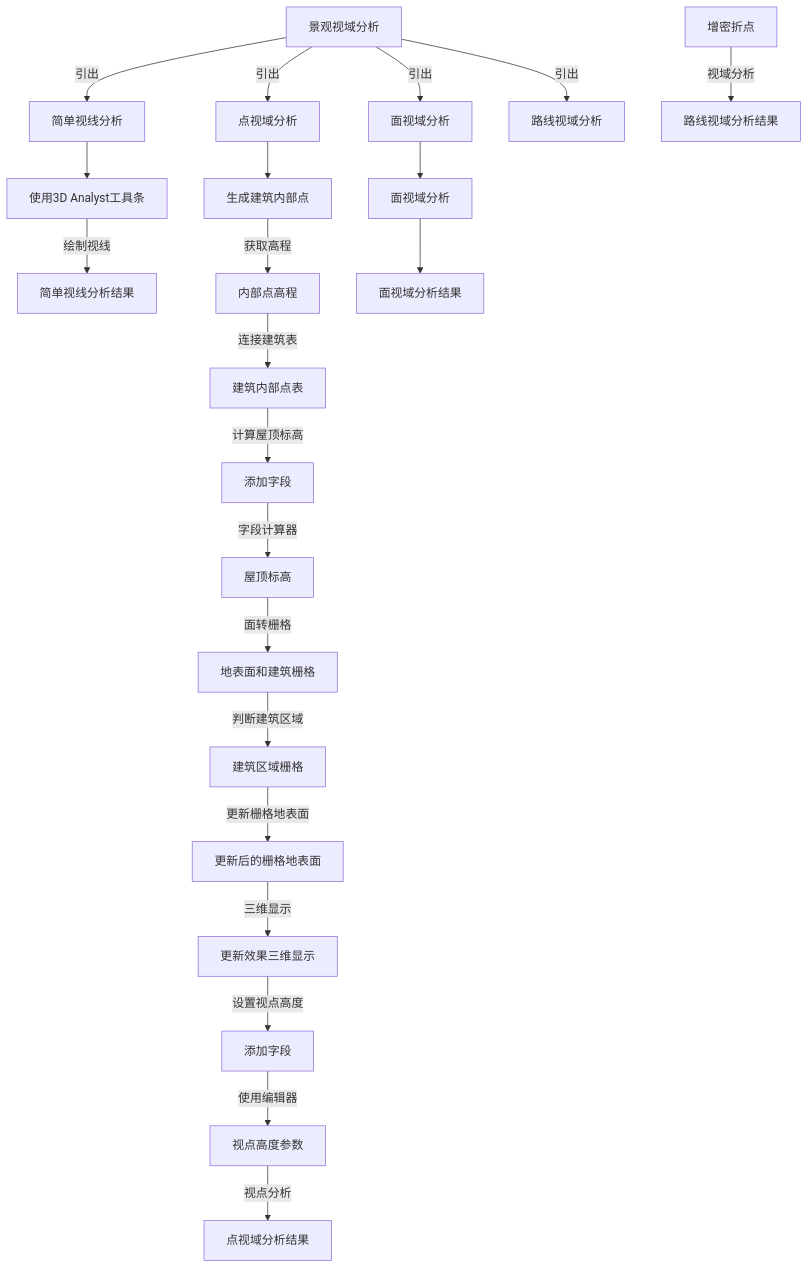
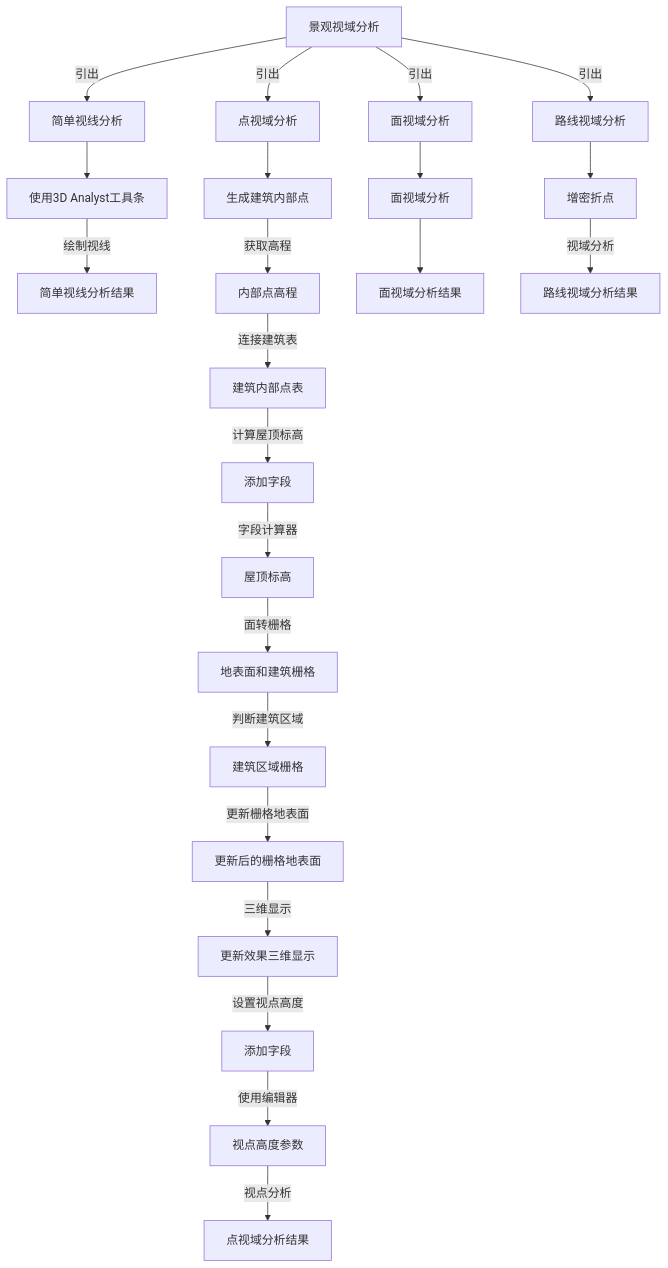
One commit to newguser/iodraw-files changed the diagram in all/未命名.md. Above: the diagram before and after it, drawn with Mermaid.

Commit message:
2025-02-27 22:28:11 update

````diff
--- a/all/未命名.md
+++ b/all/未命名.md
@@ -1,29 +1,29 @@
 ```mermaid
 graph TD
     A[景观视域分析] -->|引出| B[简单视线分析]
     A -->|引出| C[点视域分析]
     A -->|引出| D[面视域分析]
     A -->|引出| E[路线视域分析]
 B[简单视线分析]-->B1[使用3D Analyst工具条]
         B1[使用3D Analyst工具条] -->|绘制视线| B2[简单视线分析结果]
 C[点视域分析]-->C1[生成建筑内部点]
 D[面视域分析]-->D1[面视域分析]
-E[路线视域分析]
+E[路线视域分析]-->E1[增密折点]
 
         C1[生成建筑内部点] -->|获取高程| C2[内部点高程]
         C2 -->|连接建筑表| C3[建筑内部点表]
         C3 -->|计算屋顶标高| C4[添加字段]
         C4 -->|字段计算器| C5[屋顶标高]
         C5 -->|面转栅格| C6[地表面和建筑栅格]
         C6 -->|判断建筑区域| C7[建筑区域栅格]
         C7 -->|更新栅格地表面| C8[更新后的栅格地表面]
         C8 -->|三维显示| C9[更新效果三维显示]
         C9 -->|设置视点高度| C10[添加字段]
         C10 -->|使用编辑器| C11[视点高度参数]
         C11 -->|视点分析| C12[点视域分析结果]
   
         D1[面视域分析] --> D2[面视域分析结果]
 
         E1[增密折点] -->|视域分析| E2[路线视域分析结果]
 
 ```
````
